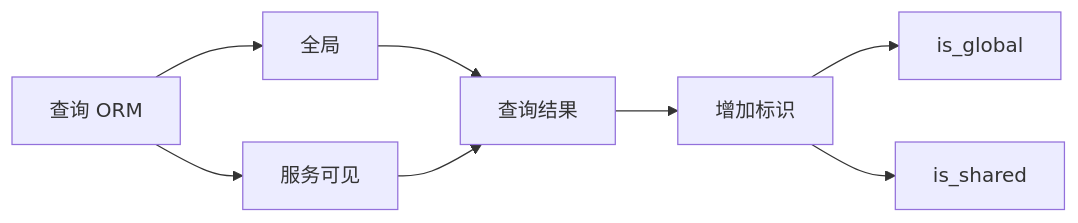
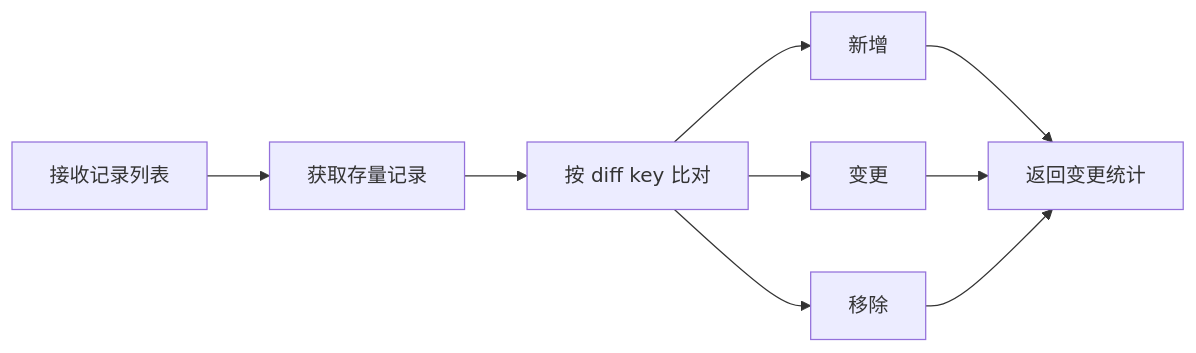
The second of 2 diagrams in knowledge/bkmonitor/issues/2026-03-04-apm-app-level-config/PLAN.md (ZhuoZhuoCrayon/ai-workspace), drawn with Mermaid before and after one commit. The commit also changed other lines of this file, not shown here.

First line of the commit message:
docs(bkmonitor): refine APM app-level config PLAN with is_global and query/write convergence

````diff
--- a/knowledge/bkmonitor/issues/2026-03-04-apm-app-level-config/PLAN.md
+++ b/knowledge/bkmonitor/issues/2026-03-04-apm-app-level-config/PLAN.md
@@ -69,10 +86,9 @@
 ```mermaid
 flowchart LR
-    A[查询 ORM] --> B[全局]
-    A --> C[服务可见]
-    B --> D[查询结果]
-    C --> D
-    D --> E[增加标识]
-    E --> F[is_global]
-    E --> G[is_shared]
+    A[接收记录列表] --> B[获取存量记录]
+    B --> C[按 diff key 比对]
+    C --> D[新增]
+    C --> E[变更]
+    C --> F[移除]
+    D & E & F --> G[返回变更统计]
 ```
````
